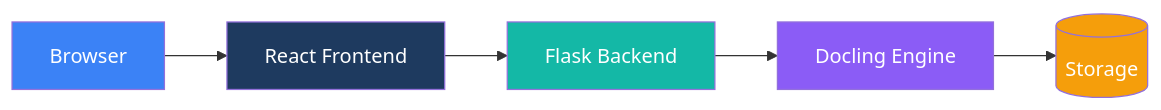
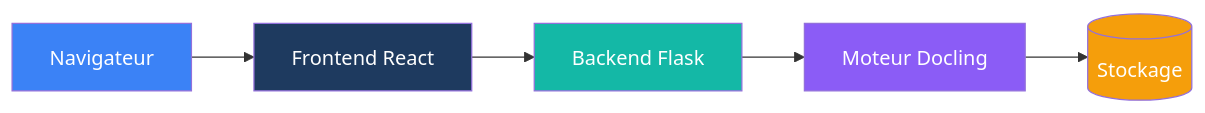
The diagram in docs/fr/architecture/index.md (duckling-ui/duckling), drawn with Mermaid before and after one commit. The commit also changed 133 other files, not shown here.

````diff
--- a/docs/fr/architecture/index.md
+++ b/docs/fr/architecture/index.md
@@ -9,13 +9,13 @@
 ```mermaid
 graph LR
-    A[Browser] --> B[React Frontend]
-    B --> C[Flask Backend]
-    C --> D[Docling Engine]
-    D --> E[(Storage)]
+    A[Navigateur] --> B[Frontend React]
+    B --> C[Backend Flask]
+    C --> D[Moteur Docling]
+    D --> E[(Stockage)]
 
     style A fill:#3b82f6,color:#fff
     style B fill:#1e3a5f,color:#fff
     style C fill:#14b8a6,color:#fff
     style D fill:#8b5cf6,color:#fff
     style E fill:#f59e0b,color:#fff
 ```
````
